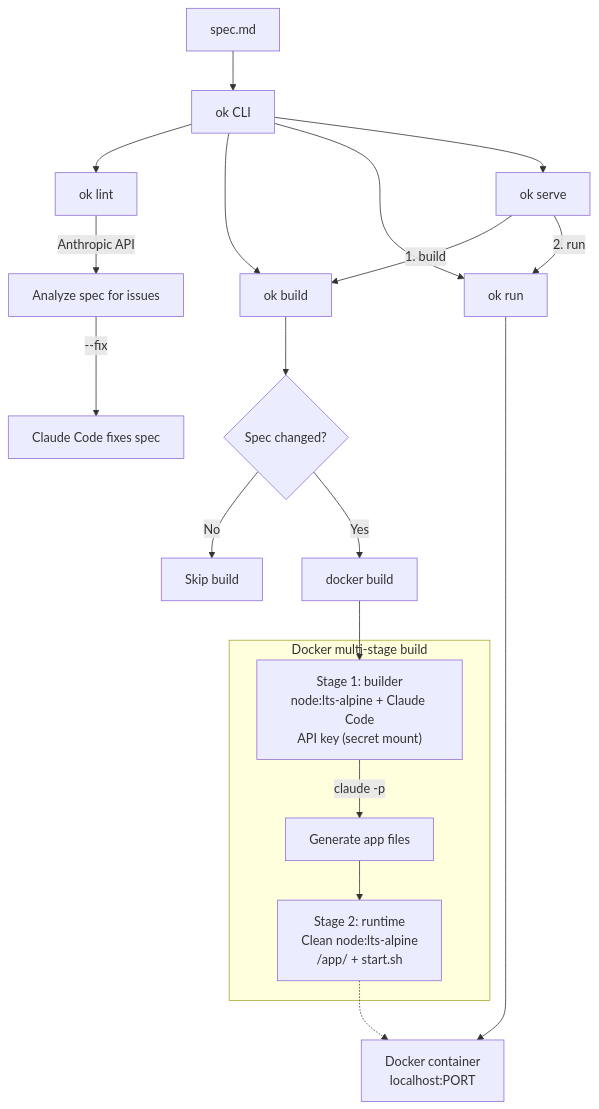
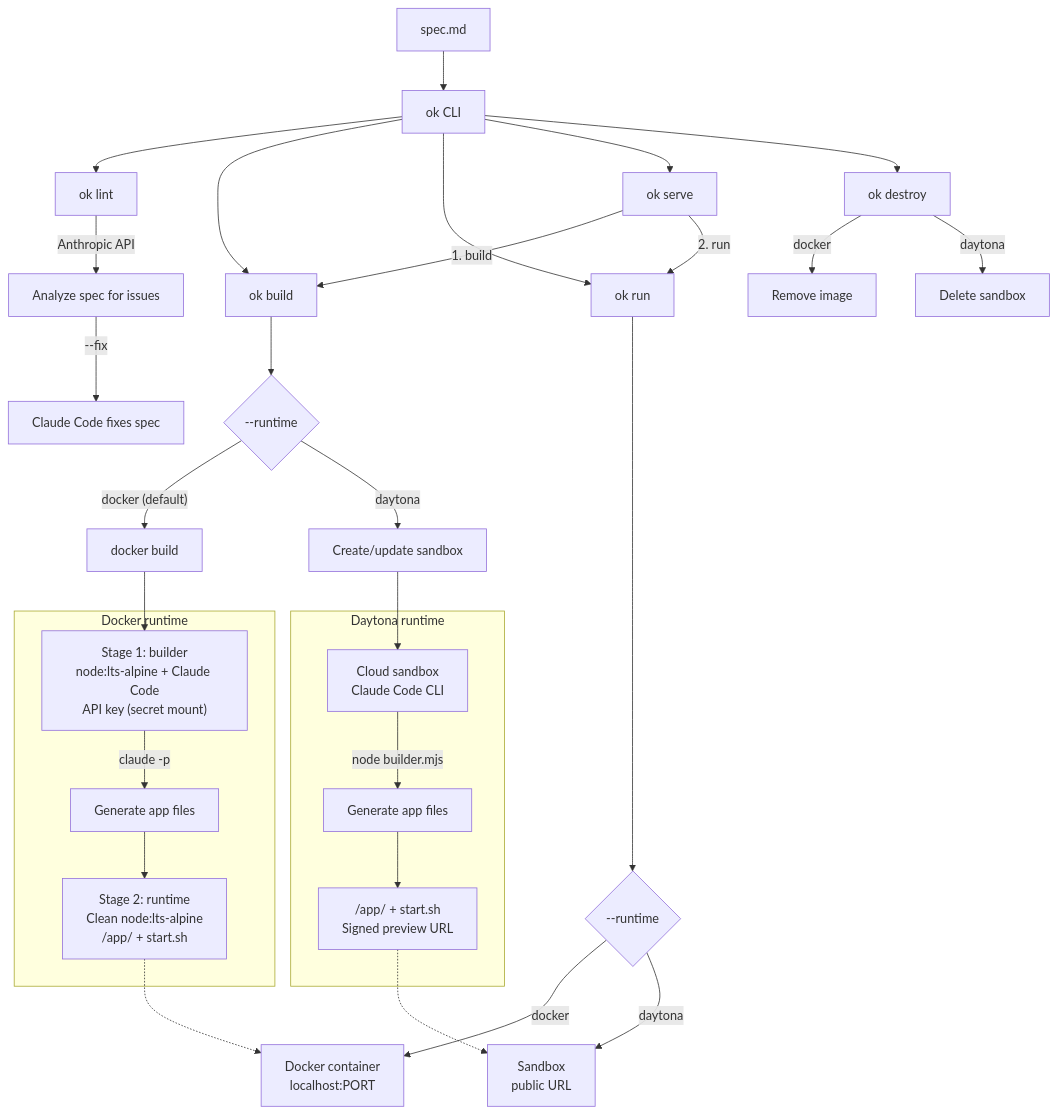
Before and after one commit to abrinsmead/okcmd: the diagram in README.md, drawn with Mermaid. The commit also changed other lines of this file and 11 other files, not shown here.

````diff
--- a/README.md
+++ b/README.md
@@ -130,29 +143,46 @@
 ```mermaid
 flowchart TD
     spec["spec.md"] --> cli["ok CLI"]
 
     cli --> lint["ok lint"]
     cli --> build["ok build"]
     cli --> run["ok run"]
     cli --> serve["ok serve"]
+    cli --> destroy["ok destroy"]
 
     serve -->|"1. build"| build
     serve -->|"2. run"| run
 
     lint -->|Anthropic API| analyze["Analyze spec for issues"]
     analyze -->|"--fix"| claude_code_fix["Claude Code fixes spec"]
 
-    build --> check{"Spec changed?"}
-    check -->|No| skip["Skip build"]
-    check -->|Yes| docker["docker build"]
+    build --> runtime_choice{"--runtime"}
 
-    subgraph Docker["Docker multi-stage build"]
-        builder["Stage 1: builder\nnode:lts-alpine + Claude Code\nAPI key (secret mount)"]
-        builder -->|"claude -p"| generate["Generate app files"]
-        generate --> runtime["Stage 2: runtime\nClean node:lts-alpine\n/app/ + start.sh"]
+    runtime_choice -->|"docker (default)"| docker_build["docker build"]
+    runtime_choice -->|"daytona"| daytona_build["Create/update sandbox"]
+
+    subgraph Docker["Docker runtime"]
+        docker_builder["Stage 1: builder\nnode:lts-alpine + Claude Code\nAPI key (secret mount)"]
+        docker_builder -->|"claude -p"| docker_generate["Generate app files"]
+        docker_generate --> docker_runtime["Stage 2: runtime\nClean node:lts-alpine\n/app/ + start.sh"]
     end
 
-    docker --> builder
-    run --> container["Docker container\nlocalhost:PORT"]
-    runtime -.-> container
+    subgraph Daytona["Daytona runtime"]
+        daytona_sandbox["Cloud sandbox\nClaude Code CLI"]
+        daytona_sandbox -->|"node builder.mjs"| daytona_generate["Generate app files"]
+        daytona_generate --> daytona_app["/app/ + start.sh\nSigned preview URL"]
+    end
+
+    docker_build --> docker_builder
+    daytona_build --> daytona_sandbox
+
+    run --> runtime_choice2{"--runtime"}
+    runtime_choice2 -->|"docker"| container["Docker container\nlocalhost:PORT"]
+    runtime_choice2 -->|"daytona"| sandbox_url["Sandbox\npublic URL"]
+
+    docker_runtime -.-> container
+    daytona_app -.-> sandbox_url
+
+    destroy -->|"docker"| rmi["Remove image"]
+    destroy -->|"daytona"| delete_sandbox["Delete sandbox"]
 ```
````
